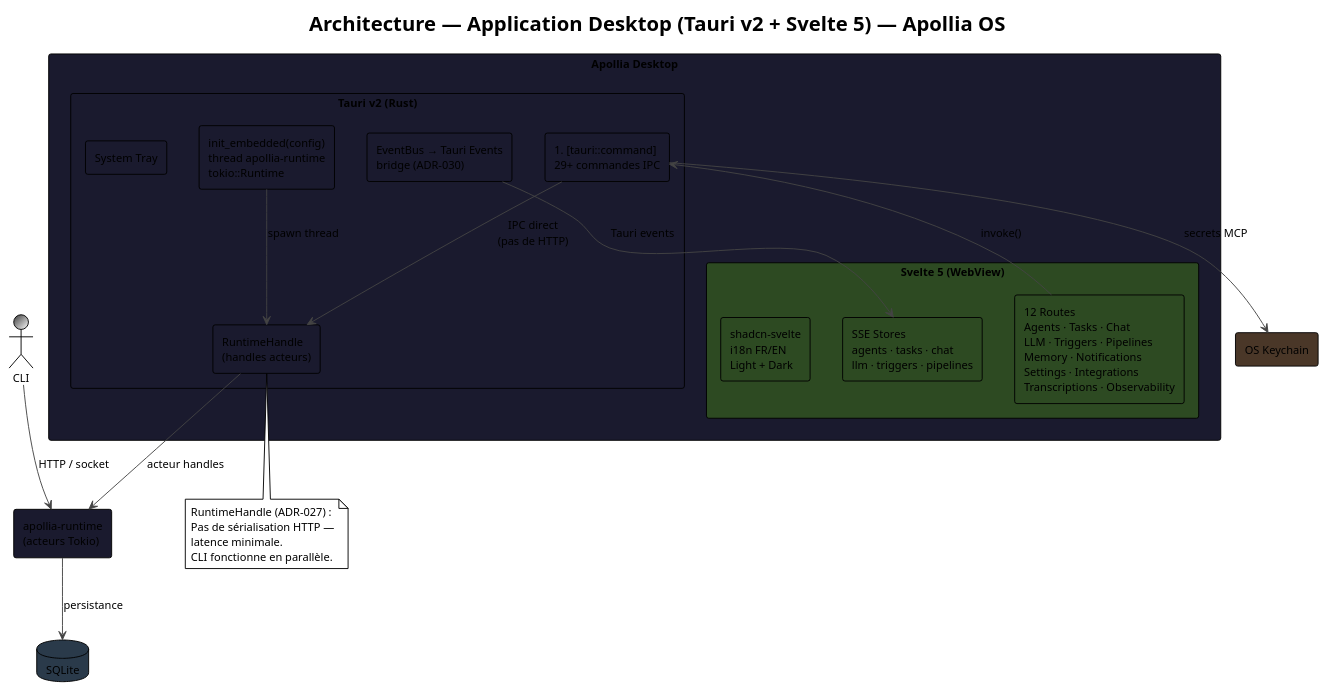
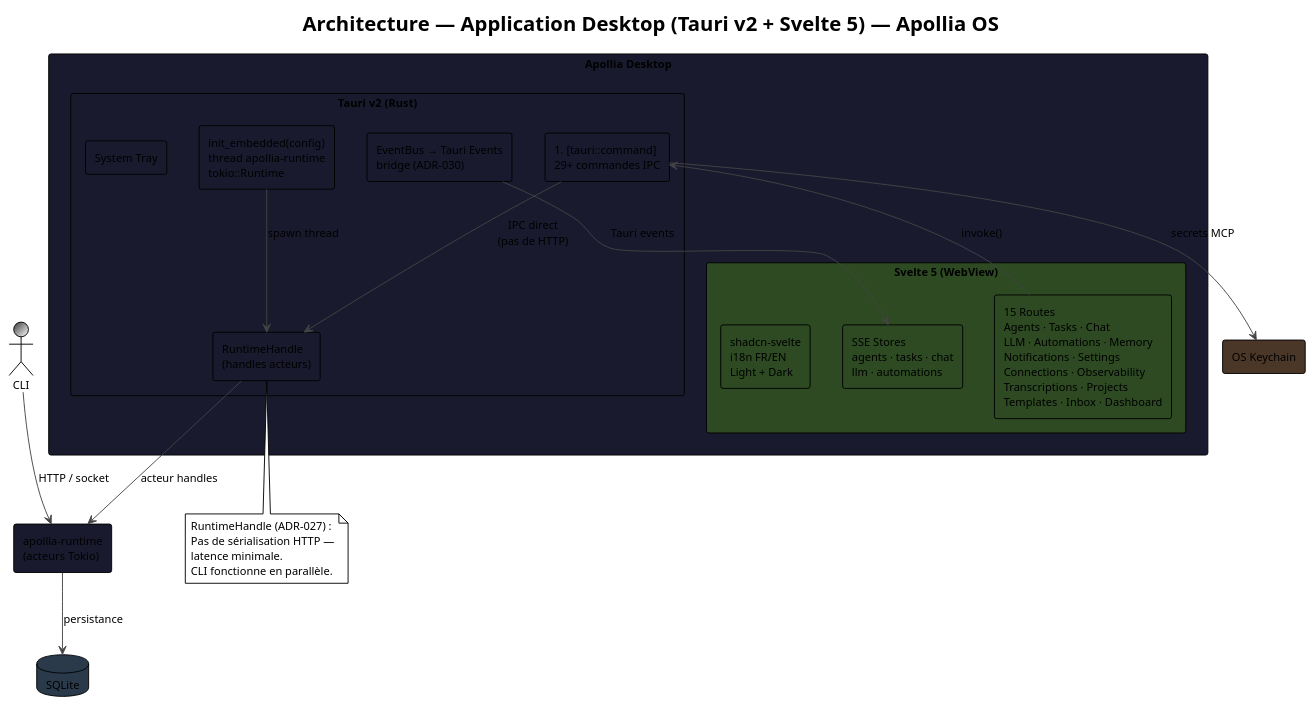
The diagram in docs/diagrams/component-desktop-architecture.puml (nidal-z/apollia-os), drawn with PlantUML before and after one commit. The commit also changed 50 other files, not shown here.

```diff
--- a/docs/diagrams/component-desktop-architecture.puml
+++ b/docs/diagrams/component-desktop-architecture.puml
@@ -1,49 +1,49 @@
 @startuml component-desktop-architecture
 !theme plain
 skinparam backgroundColor #FFFFFF
 skinparam defaultFontName "JetBrains Mono"
 skinparam defaultFontSize 12
 skinparam ArrowColor #444444
 skinparam BorderColor #444444
 
 title Architecture — Application Desktop (Tauri v2 + Svelte 5) — Apollia OS
 
 rectangle "Apollia Desktop" as app #1a1a2e {
 
   rectangle "Tauri v2 (Rust)" as tauri #1a1a2e {
     rectangle "init_embedded(config)\nthread apollia-runtime\ntokio::Runtime" as init #1a1a2e
     rectangle "RuntimeHandle\n(handles acteurs)" as handle #1a1a2e
     rectangle "#[tauri::command]\n29+ commandes IPC" as commands #1a1a2e
     rectangle "EventBus → Tauri Events\nbridge (ADR-030)" as bridge #1a1a2e
     rectangle "System Tray" as tray #1a1a2e
   }
 
   rectangle "Svelte 5 (WebView)" as svelte #2d4a22 {
-    rectangle "12 Routes\nAgents · Tasks · Chat\nLLM · Triggers · Pipelines\nMemory · Notifications\nSettings · Integrations\nTranscriptions · Observability" as routes #2d4a22
-    rectangle "SSE Stores\nagents · tasks · chat\nllm · triggers · pipelines" as stores #2d4a22
+    rectangle "15 Routes\nAgents · Tasks · Chat\nLLM · Automations · Memory\nNotifications · Settings\nConnections · Observability\nTranscriptions · Projects\nTemplates · Inbox · Dashboard" as routes #2d4a22
+    rectangle "SSE Stores\nagents · tasks · chat\nllm · automations" as stores #2d4a22
     rectangle "shadcn-svelte\ni18n FR/EN\nLight + Dark" as design #2d4a22
   }
 }
 
 rectangle "apollia-runtime\n(acteurs Tokio)" as runtime #1a1a2e
 database "SQLite" as db #2a3a4a
 rectangle "OS Keychain" as keychain #4a3728
 actor "CLI" as cli #3a3a3a/white
 
 init --> handle : spawn thread
 handle --> runtime : acteur handles
 commands --> handle : IPC direct\n(pas de HTTP)
 bridge --> stores : Tauri events
 routes --> commands : invoke()
 runtime --> db : persistance
 commands --> keychain : secrets MCP
 cli --> runtime : HTTP / socket
 
 note bottom of handle
   RuntimeHandle (ADR-027) :
   Pas de sérialisation HTTP —
   latence minimale.
   CLI fonctionne en parallèle.
 end note
 
 @enduml
```
